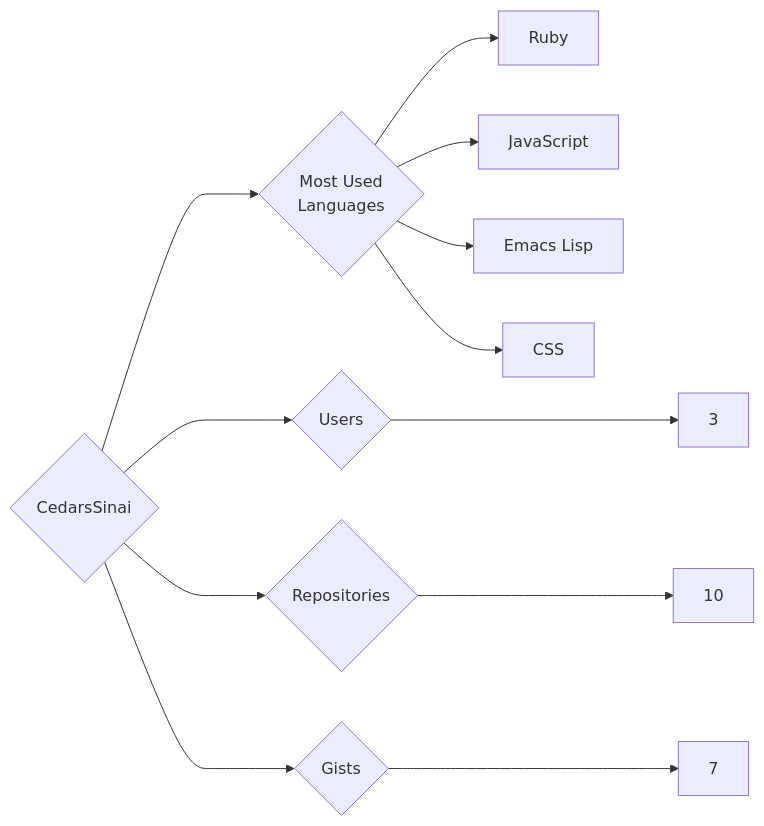
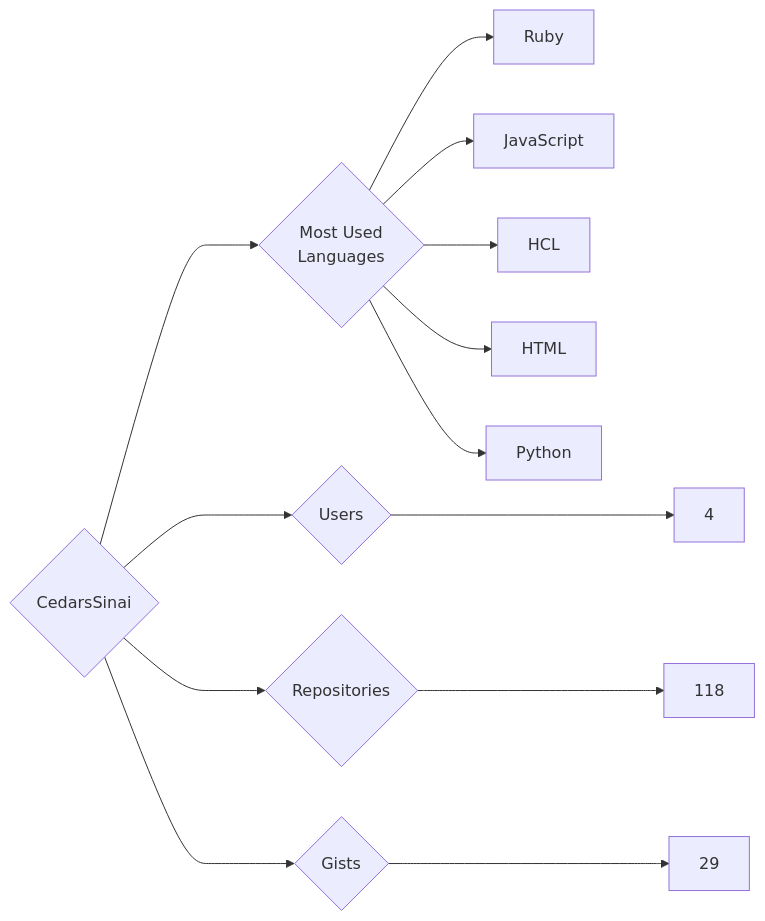
Before and after one commit to trickest/insiders: the diagram in targets/CedarsSinai/README.md, drawn with Mermaid. The commit also changed 997 other files, not shown here.

````diff
--- a/targets/CedarsSinai/README.md
+++ b/targets/CedarsSinai/README.md
@@ -3,12 +3,13 @@
 ```mermaid
 graph LR
 COMPANY_NAME{CedarsSinai}
-COMPANY_NAME ---> U{Users} ---> UN[3]
-COMPANY_NAME ---> R{Repositories} ---> RN[10]
-COMPANY_NAME ---> G{Gists} ---> GN[7]
+COMPANY_NAME ---> U{Users} ---> UN[4]
+COMPANY_NAME ---> R{Repositories} ---> RN[118]
+COMPANY_NAME ---> G{Gists} ---> GN[29]
 COMPANY_NAME ---> ML{Most Used<br>Languages}
 ML --> Ruby[Ruby]
 ML --> JavaScript[JavaScript]
-ML --> Emacs_Lisp[Emacs Lisp]
-ML --> CSS[CSS]
+ML --> HCL[HCL]
+ML --> HTML[HTML]
+ML --> Python[Python]
 ```
````
